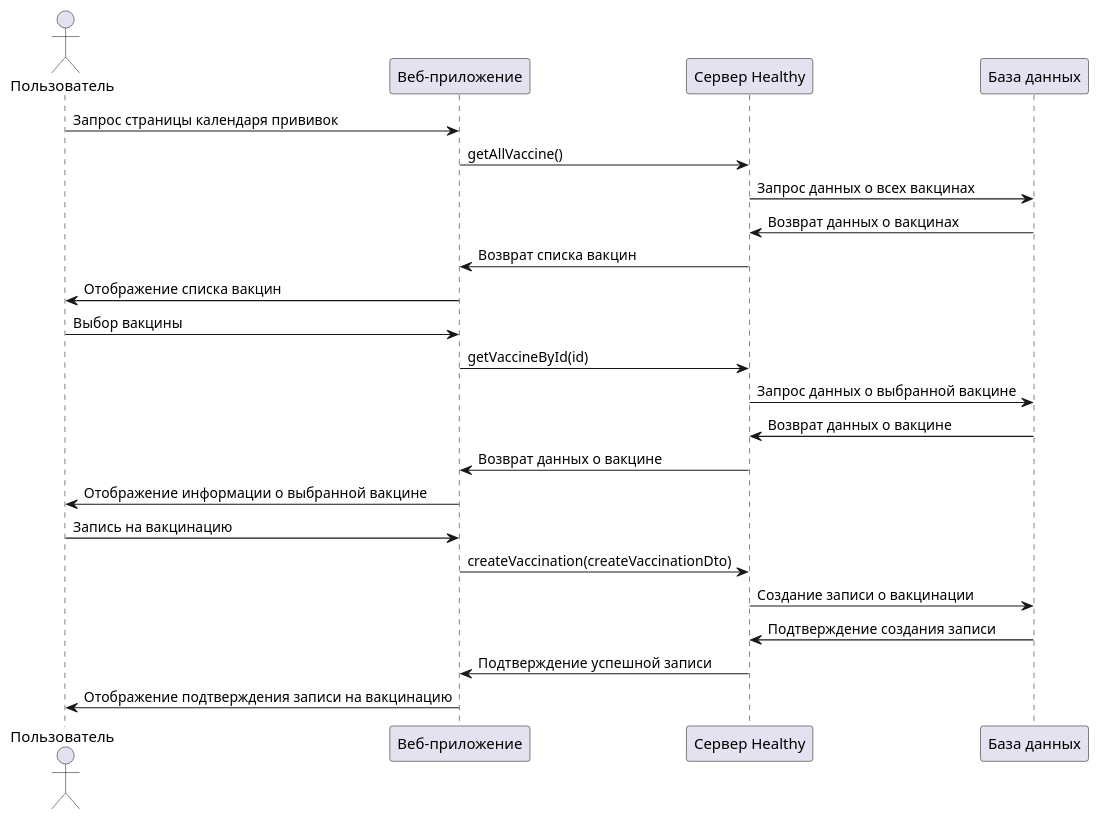
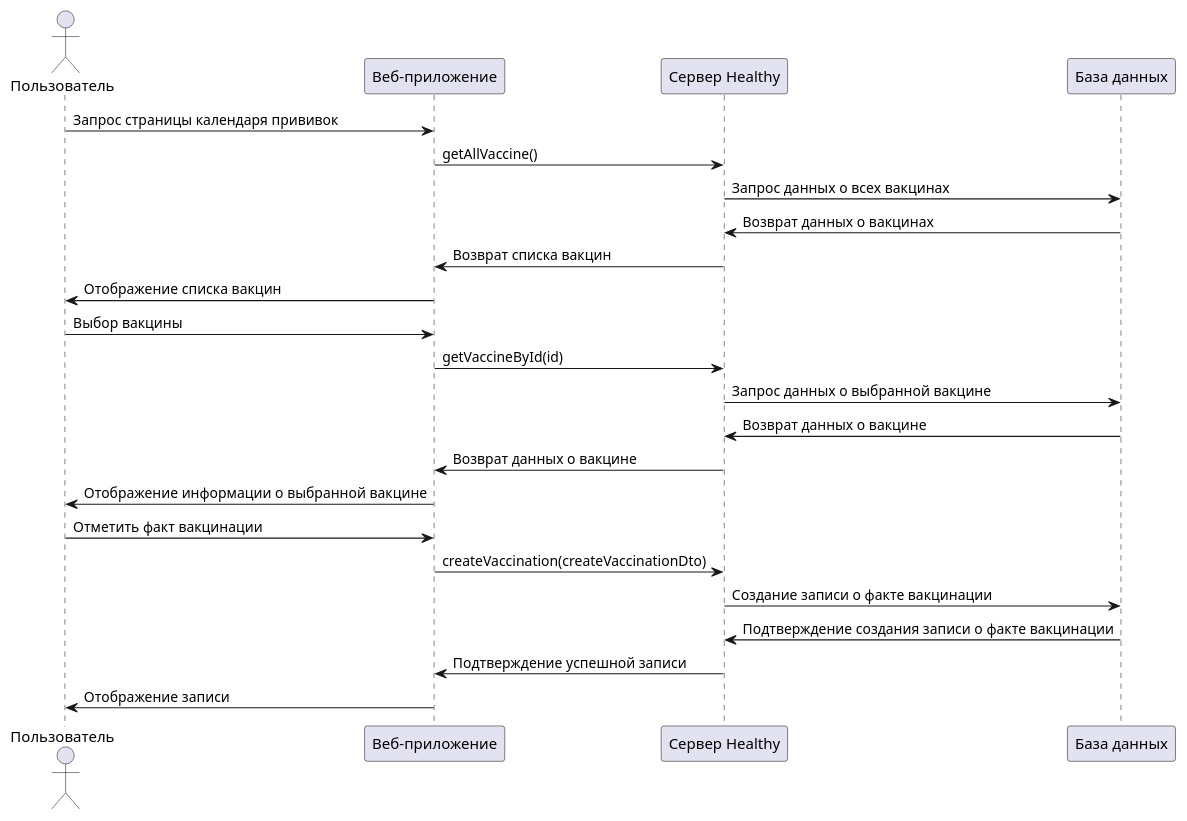
The diagram in src/plantuml/sequence-diagram.puml (zloihach/healthy-backend), drawn with PlantUML before and after one commit.

```diff
--- a/src/plantuml/sequence-diagram.puml
+++ b/src/plantuml/sequence-diagram.puml
@@ -1,28 +1,28 @@
 @startuml
 actor Пользователь as user
 participant "Веб-приложение" as website
 participant "Сервер Healthy" as server
 participant "База данных" as db
 
 user -> website: Запрос страницы календаря прививок
 website -> server: getAllVaccine()
 server -> db: Запрос данных о всех вакцинах
 db -> server: Возврат данных о вакцинах
 server -> website: Возврат списка вакцин
 website -> user: Отображение списка вакцин
 
 user -> website: Выбор вакцины
 website -> server: getVaccineById(id)
 server -> db: Запрос данных о выбранной вакцине
 db -> server: Возврат данных о вакцине
 server -> website: Возврат данных о вакцине
 website -> user: Отображение информации о выбранной вакцине
 
-user -> website: Запись на вакцинацию
+user -> website: Отметить факт вакцинации
 website -> server: createVaccination(createVaccinationDto)
-server -> db: Создание записи о вакцинации
-db -> server: Подтверждение создания записи
+server -> db: Создание записи о факте вакцинации
+db -> server: Подтверждение создания записи о факте вакцинации
 server -> website: Подтверждение успешной записи
-website -> user: Отображение подтверждения записи на вакцинацию
+website -> user: Отображение записи
 
 @enduml
```
